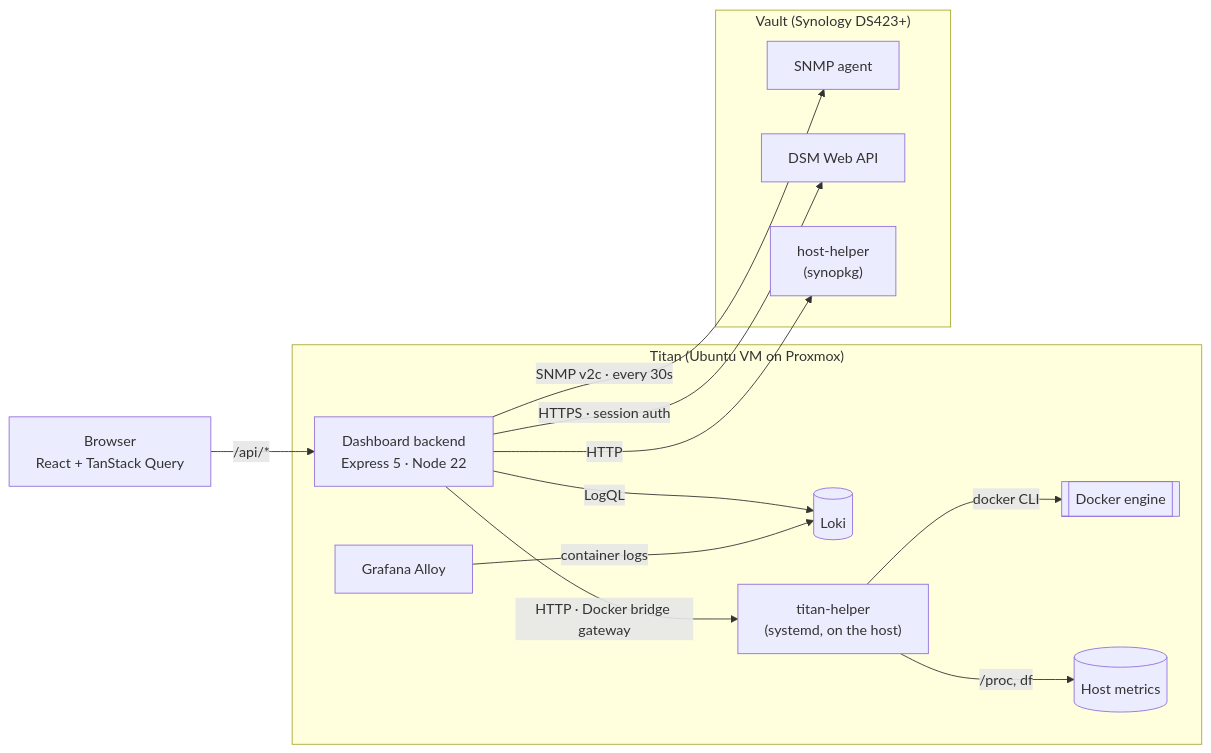
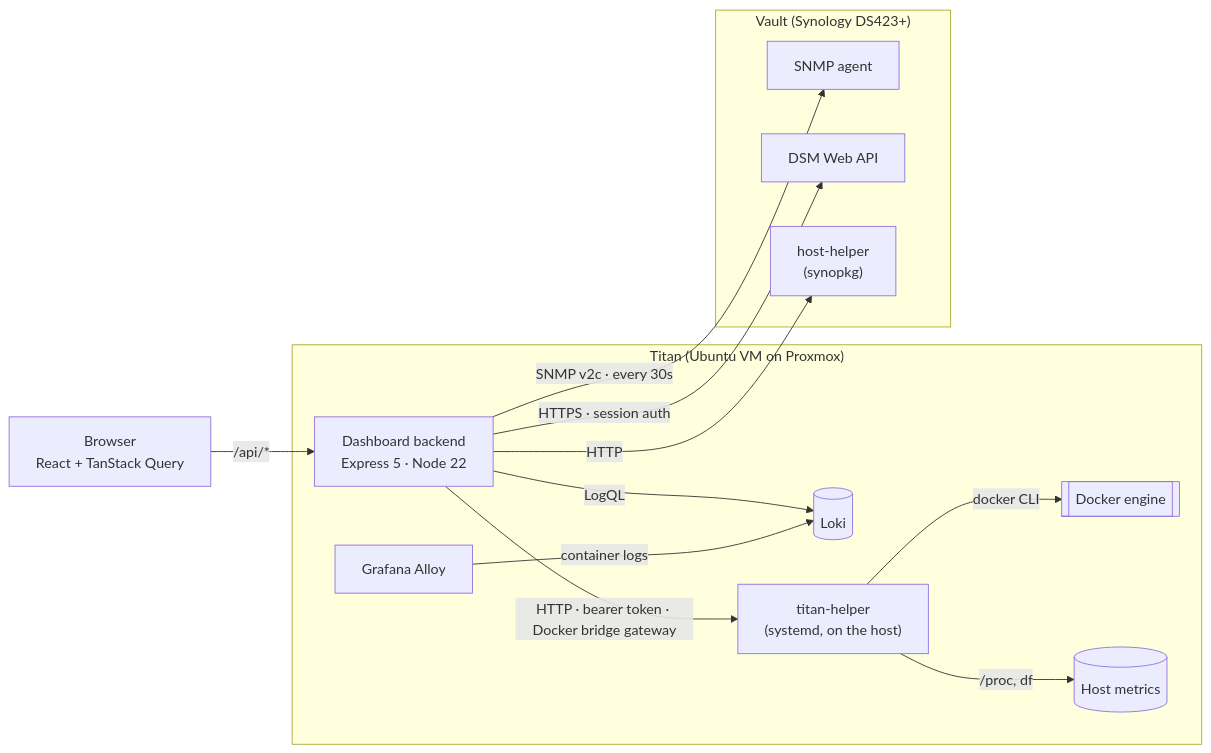
Before and after one commit to ssterling9928/dashboard: the diagram in README.md, drawn with Mermaid. The commit also changed other lines of this file and 1 other file, not shown here.

````diff
--- a/README.md
+++ b/README.md
@@ -43,26 +43,26 @@
 ```mermaid
 flowchart LR
     Browser["Browser<br/>React + TanStack Query"] -->|"/api/*"| Backend
 
     subgraph Titan["Titan (Ubuntu VM on Proxmox)"]
         Backend["Dashboard backend<br/>Express 5 · Node 22"]
         Loki[("Loki")]
         Alloy["Grafana Alloy"] -->|container logs| Loki
         Helper["titan-helper<br/>(systemd, on the host)"]
         Docker[["Docker engine"]]
         Helper -->|docker CLI| Docker
         Helper -->|"/proc, df"| Proc[("Host metrics")]
     end
 
     subgraph Vault["Vault (Synology DS423+)"]
         SNMP["SNMP agent"]
         DSM["DSM Web API"]
         NasHelper["host-helper<br/>(synopkg)"]
     end
 
-    Backend -->|"HTTP · Docker bridge gateway"| Helper
+    Backend -->|"HTTP · bearer token · Docker bridge gateway"| Helper
     Backend -->|LogQL| Loki
     Backend -->|"SNMP v2c · every 30s"| SNMP
     Backend -->|"HTTPS · session auth"| DSM
     Backend -->|HTTP| NasHelper
 ```
````
